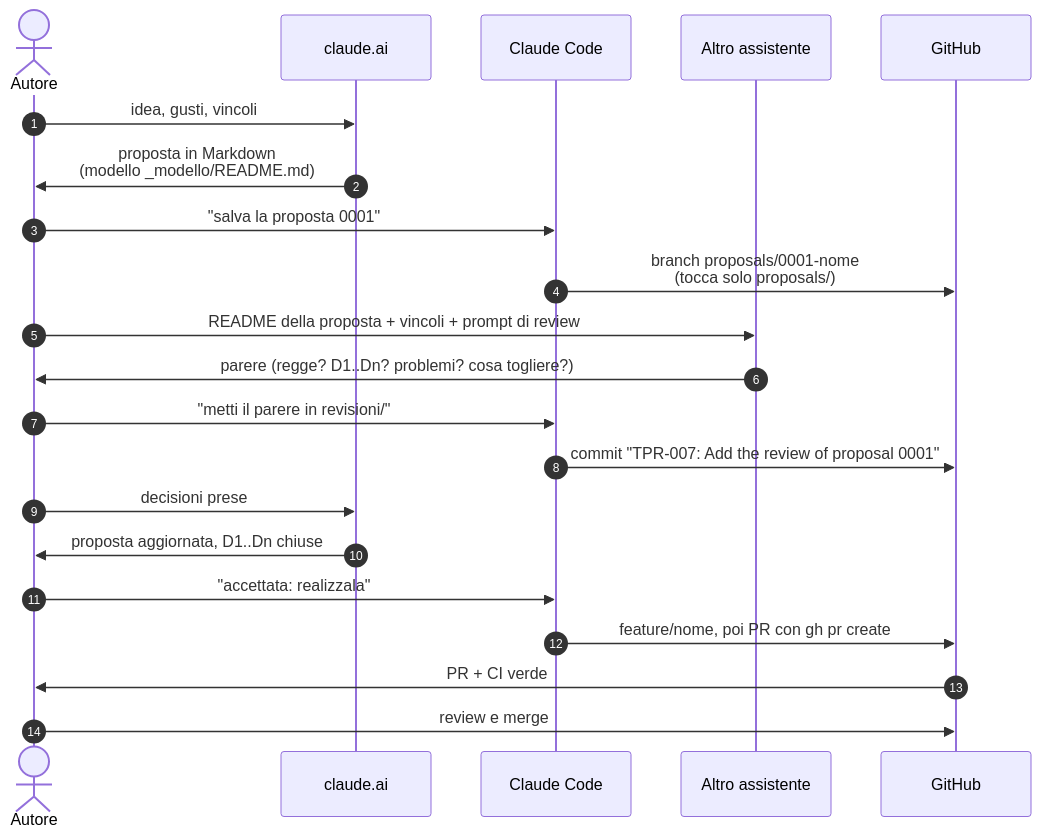
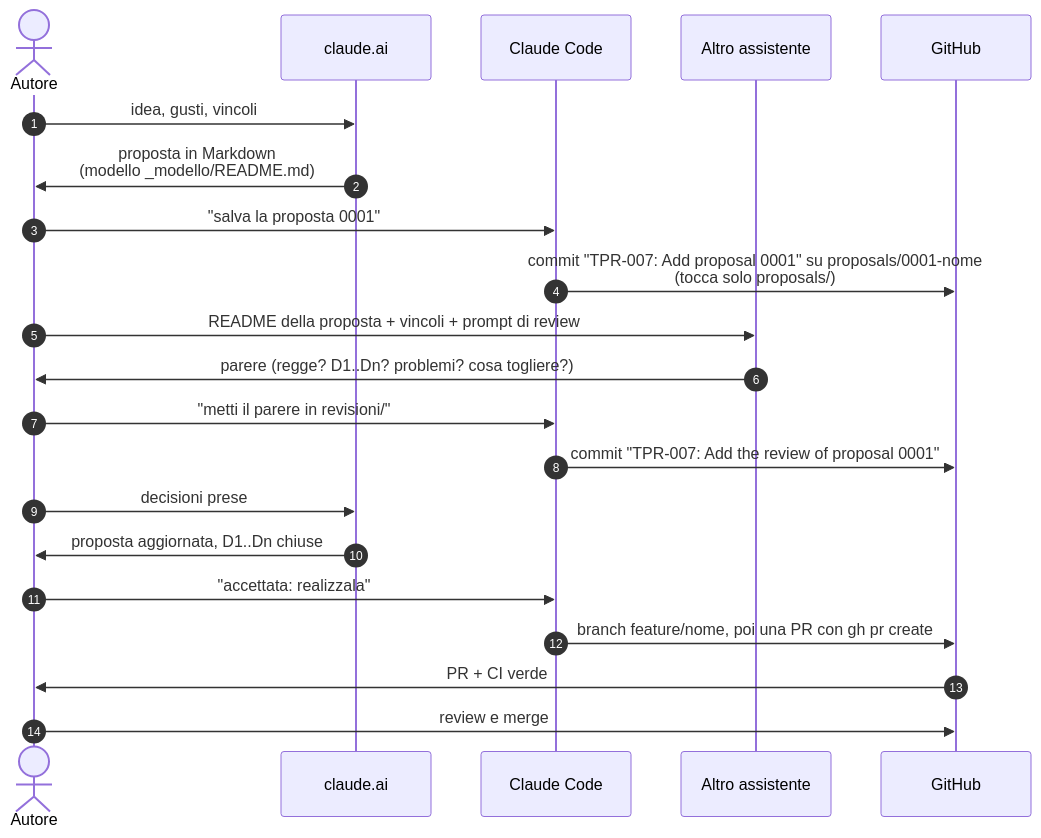
One commit to pierfi/taper changed the second of 4 diagrams in docs/statuto-ia.md. Above: the diagram before and after it, drawn with Mermaid. The commit also changed other lines of this file and 4 other files, not shown here.

Commit message:
TPR-002: Merge the workflow guide into the charter guide and align the rules

````diff
--- a/docs/statuto-ia.md
+++ b/docs/statuto-ia.md
@@ -55,24 +62,24 @@
 ```mermaid
 sequenceDiagram
     autonumber
     actor Autore
     participant CAI as claude.ai
     participant CC as Claude Code
     participant EXT as Altro assistente
     participant GH as GitHub
 
     Autore->>CAI: idea, gusti, vincoli
     CAI->>Autore: proposta in Markdown<br/>(modello _modello/README.md)
     Autore->>CC: "salva la proposta 0001"
-    CC->>GH: branch proposals/0001-nome<br/>(tocca solo proposals/)
+    CC->>GH: commit "TPR-007: Add proposal 0001" su proposals/0001-nome<br/>(tocca solo proposals/)
     Autore->>EXT: README della proposta + vincoli + prompt di review
     EXT->>Autore: parere (regge? D1..Dn? problemi? cosa togliere?)
     Autore->>CC: "metti il parere in revisioni/"
     CC->>GH: commit "TPR-007: Add the review of proposal 0001"
     Autore->>CAI: decisioni prese
     CAI->>Autore: proposta aggiornata, D1..Dn chiuse
     Autore->>CC: "accettata: realizzala"
-    CC->>GH: feature/nome, poi PR con gh pr create
+    CC->>GH: branch feature/nome, poi una PR con gh pr create
     GH->>Autore: PR + CI verde
     Autore->>GH: review e merge
 ```
````
